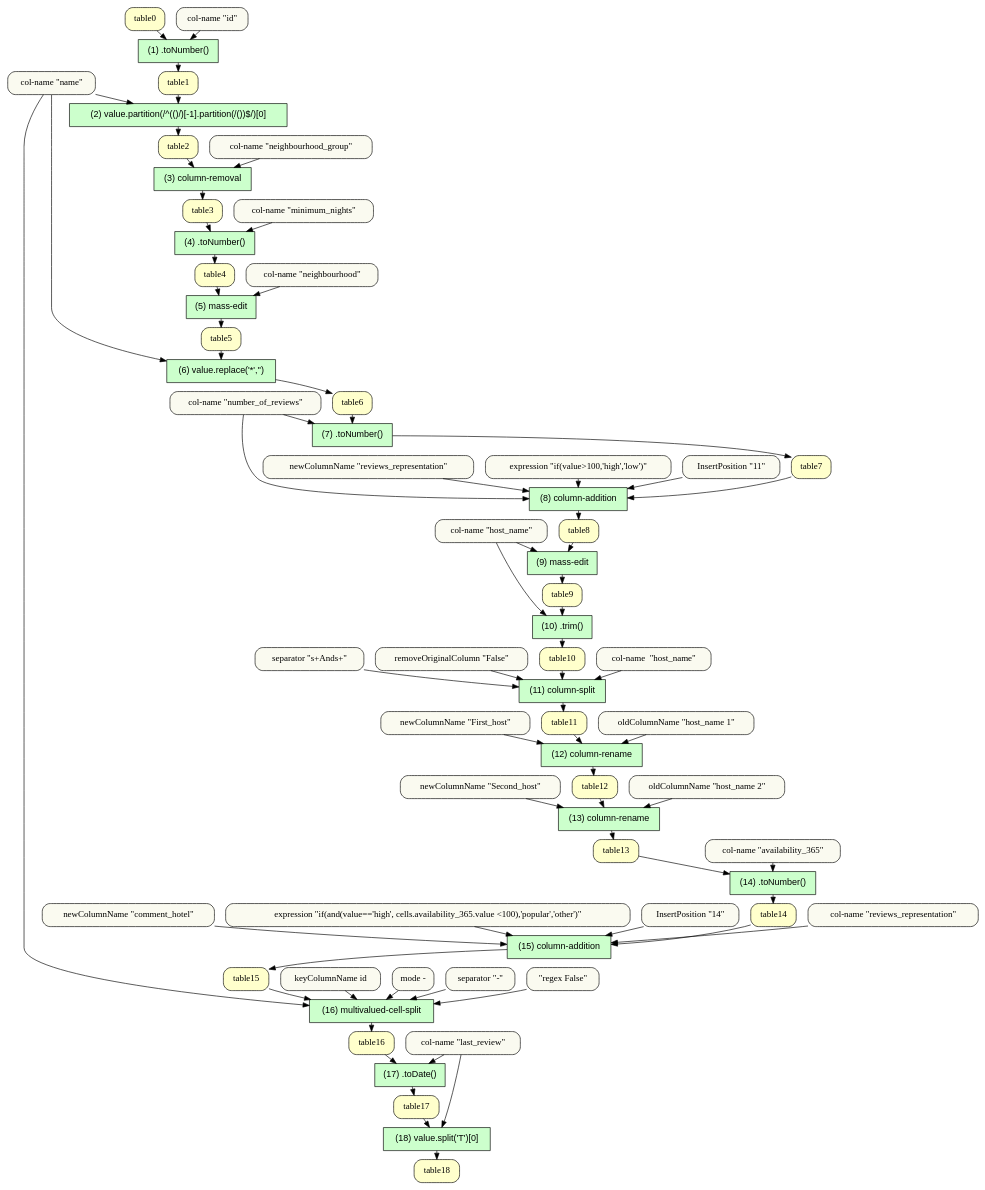
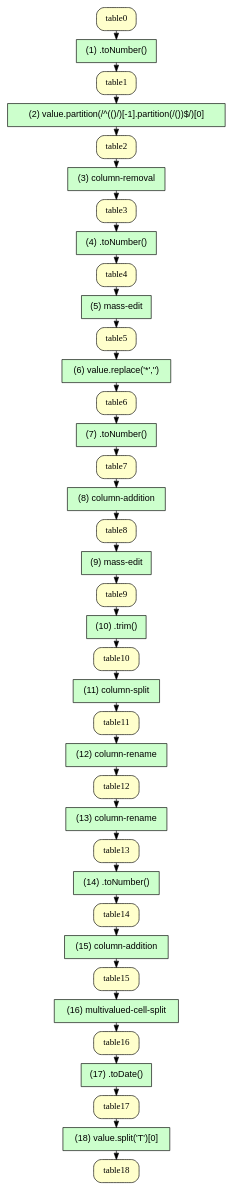
One commit to idaks/ORMA-IDCC-2021 changed the diagram in usecase2/table_view/table_view.gv. Above: the diagram before and after it, drawn with Graphviz. The commit also changed 37 other files, not shown here.

```diff
--- a/usecase2/table_view/table_view.gv
+++ b/usecase2/table_view/table_view.gv
@@ -1,160 +1,96 @@
 digraph "ORMA-Table-View" {
 	graph [ranksep=0.2]
 	node [fillcolor="#FFFFCC" shape=box style="rounded,filled"]
 	table0
 	table1
 	table1
 	table2
 	table2
 	table3
 	table3
 	table4
 	table4
 	table5
 	table5
 	table6
 	table6
 	table7
 	table7
 	table8
 	table8
 	table9
 	table9
 	table10
 	table10
 	table11
 	table11
 	table12
 	table12
 	table13
 	table13
 	table14
 	table14
 	table15
 	table15
 	table16
 	table16
 	table17
 	table17
 	table18
 	node [fillcolor="#FAFAF0" shape=box style="rounded,filled"]
-	"col-name \"id\""
-	"col-name \"name\""
-	"col-name \"neighbourhood_group\""
-	"col-name \"minimum_nights\""
-	"col-name \"neighbourhood\""
-	"col-name \"name\""
-	"col-name \"number_of_reviews\""
-	"col-name \"number_of_reviews\""
-	"newColumnName \"reviews_representation\""
-	"expression \"if(value>100,'high','low')\""
-	"InsertPosition \"11\""
-	"col-name \"host_name\""
-	"col-name \"host_name\""
-	"col-name  \"host_name\""
-	"separator \"\s+And\s+\""
-	"removeOriginalColumn \"False\""
-	"oldColumnName \"host_name 1\""
-	"newColumnName \"First_host\""
-	"oldColumnName \"host_name 2\""
-	"newColumnName \"Second_host\""
-	"col-name \"availability_365\""
-	"col-name \"reviews_representation\""
-	"newColumnName \"comment_hotel\""
-	"expression \"if(and(value=='high', cells.availability_365.value <100),'popular','other')\""
-	"InsertPosition \"14\""
-	"col-name \"name\""
-	"keyColumnName id"
-	"mode -"
-	"separator \"-\""
-	"\"regex False\""
-	"col-name \"last_review\""
-	"col-name \"last_review\""
 	node [fillcolor="#CCFFCC" fontname=Helvetica peripheries=1 shape=box style=filled]
 	"(1) .toNumber()"
 	"(2) value.partition(/^(\()/)[-1].partition(/(\))$/)[0]"
 	"(3) column-removal"
 	"(4) .toNumber()"
 	"(5) mass-edit"
 	"(6) value.replace('*','')"
 	"(7) .toNumber()"
 	"(8) column-addition"
 	"(9) mass-edit"
 	"(10) .trim()"
 	"(11) column-split"
 	"(12) column-rename"
 	"(13) column-rename"
 	"(14) .toNumber()"
 	"(15) column-addition"
 	"(16) multivalued-cell-split"
 	"(17) .toDate()"
 	"(18) value.split('T')[0]"
 	table0 -> "(1) .toNumber()"
-	"col-name \"id\"" -> "(1) .toNumber()"
 	"(1) .toNumber()" -> table1
 	table1 -> "(2) value.partition(/^(\()/)[-1].partition(/(\))$/)[0]"
-	"col-name \"name\"" -> "(2) value.partition(/^(\()/)[-1].partition(/(\))$/)[0]"
 	"(2) value.partition(/^(\()/)[-1].partition(/(\))$/)[0]" -> table2
 	table2 -> "(3) column-removal"
-	"col-name \"neighbourhood_group\"" -> "(3) column-removal"
 	"(3) column-removal" -> table3
 	table3 -> "(4) .toNumber()"
-	"col-name \"minimum_nights\"" -> "(4) .toNumber()"
 	"(4) .toNumber()" -> table4
 	table4 -> "(5) mass-edit"
-	"col-name \"neighbourhood\"" -> "(5) mass-edit"
 	"(5) mass-edit" -> table5
 	table5 -> "(6) value.replace('*','')"
-	"col-name \"name\"" -> "(6) value.replace('*','')"
 	"(6) value.replace('*','')" -> table6
 	table6 -> "(7) .toNumber()"
-	"col-name \"number_of_reviews\"" -> "(7) .toNumber()"
 	"(7) .toNumber()" -> table7
 	table7 -> "(8) column-addition"
-	"col-name \"number_of_reviews\"" -> "(8) column-addition"
-	"newColumnName \"reviews_representation\"" -> "(8) column-addition"
-	"expression \"if(value>100,'high','low')\"" -> "(8) column-addition"
-	"InsertPosition \"11\"" -> "(8) column-addition"
 	"(8) column-addition" -> table8
 	table8 -> "(9) mass-edit"
-	"col-name \"host_name\"" -> "(9) mass-edit"
 	"(9) mass-edit" -> table9
 	table9 -> "(10) .trim()"
-	"col-name \"host_name\"" -> "(10) .trim()"
 	"(10) .trim()" -> table10
 	table10 -> "(11) column-split"
-	"col-name  \"host_name\"" -> "(11) column-split"
-	"separator \"\s+And\s+\"" -> "(11) column-split"
-	"removeOriginalColumn \"False\"" -> "(11) column-split"
 	"(11) column-split" -> table11
 	table11 -> "(12) column-rename"
-	"oldColumnName \"host_name 1\"" -> "(12) column-rename"
-	"newColumnName \"First_host\"" -> "(12) column-rename"
 	"(12) column-rename" -> table12
 	table12 -> "(13) column-rename"
-	"oldColumnName \"host_name 2\"" -> "(13) column-rename"
-	"newColumnName \"Second_host\"" -> "(13) column-rename"
 	"(13) column-rename" -> table13
 	table13 -> "(14) .toNumber()"
-	"col-name \"availability_365\"" -> "(14) .toNumber()"
 	"(14) .toNumber()" -> table14
 	table14 -> "(15) column-addition"
-	"col-name \"reviews_representation\"" -> "(15) column-addition"
-	"newColumnName \"comment_hotel\"" -> "(15) column-addition"
-	"expression \"if(and(value=='high', cells.availability_365.value <100),'popular','other')\"" -> "(15) column-addition"
-	"InsertPosition \"14\"" -> "(15) column-addition"
 	"(15) column-addition" -> table15
 	table15 -> "(16) multivalued-cell-split"
-	"col-name \"name\"" -> "(16) multivalued-cell-split"
-	"keyColumnName id" -> "(16) multivalued-cell-split"
-	"mode -" -> "(16) multivalued-cell-split"
-	"separator \"-\"" -> "(16) multivalued-cell-split"
-	"\"regex False\"" -> "(16) multivalued-cell-split"
 	"(16) multivalued-cell-split" -> table16
 	table16 -> "(17) .toDate()"
-	"col-name \"last_review\"" -> "(17) .toDate()"
 	"(17) .toDate()" -> table17
 	table17 -> "(18) value.split('T')[0]"
-	"col-name \"last_review\"" -> "(18) value.split('T')[0]"
 	"(18) value.split('T')[0]" -> table18
 }
```
